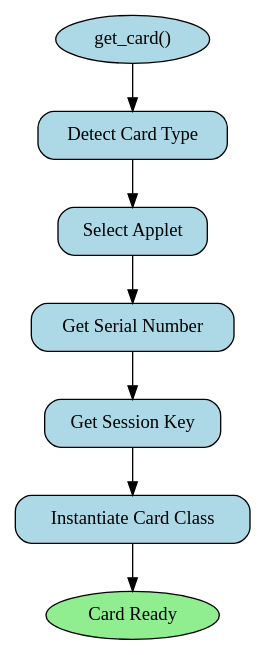
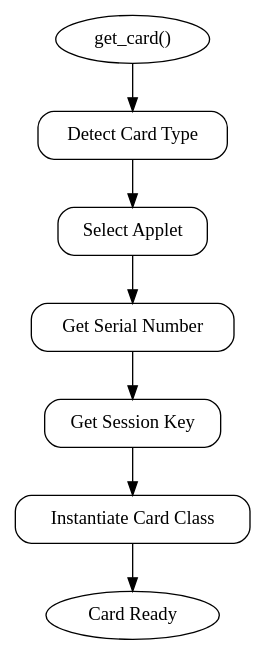
One commit to Cryptnox-Software/cryptnoxpy changed the seventh of 8 diagrams in docs/class_diagrams.rst. Above: the diagram before and after it, drawn with Graphviz. The commit also changed other lines of this file and 2 other files, not shown here.

Commit message:
Add class diagrams, fix diagram sizing issues, center diagrams and convert to black and white

```diff
--- a/docs/class_diagrams.rst
+++ b/docs/class_diagrams.rst
@@ -176,22 +273,23 @@
 .. graphviz::
    :caption: Card Initialization Process
 
    digraph card_init {
       rankdir=TB;
-      node [shape=box, style="rounded,filled", fillcolor=lightblue];
+      node [shape=box, style="rounded", color=black, fontcolor=black];
+      edge [color=black];
       
       GetCard [label="get_card()", shape=ellipse];
       Detect [label="Detect Card Type"];
       Select [label="Select Applet"];
       Serial [label="Get Serial Number"];
       SessionKey [label="Get Session Key"];
       Instantiate [label="Instantiate Card Class"];
-      Ready [label="Card Ready", shape=ellipse, fillcolor=lightgreen];
+      Ready [label="Card Ready", shape=ellipse];
       
       GetCard -> Detect;
       Detect -> Select;
       Select -> Serial;
       Serial -> SessionKey;
       SessionKey -> Instantiate;
       Instantiate -> Ready;
    }
```
